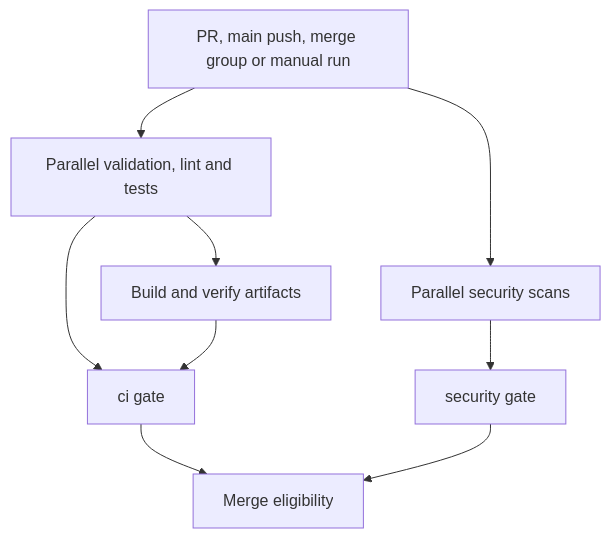
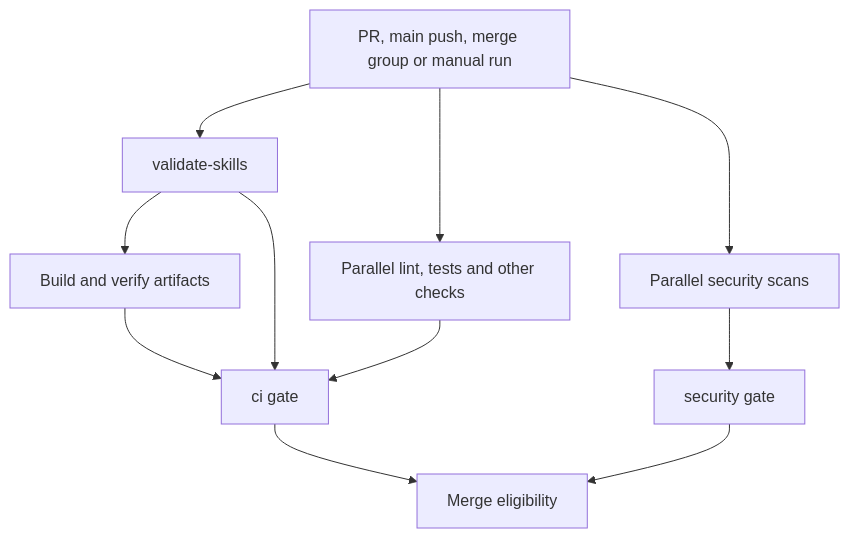
One commit to greenblacked/AI changed the diagram in docs/ci.md. Above: the diagram before and after it, drawn with Mermaid. The commit also changed other lines of this file and 4 other files, not shown here.

First line of the commit message:
Start packaging as soon as the skills validate

````diff
--- a/docs/ci.md
+++ b/docs/ci.md
@@ -18,11 +26,13 @@
 ```mermaid
 flowchart TD
-  E["PR, main push, merge group or manual run"] --> C["Parallel validation, lint and tests"]
+  E["PR, main push, merge group or manual run"] --> V["validate-skills"]
+  E --> C["Parallel lint, tests and other checks"]
   E --> S["Parallel security scans"]
-  C --> P["Build and verify artifacts"]
-  C --> G["ci gate"]
+  V --> P["Build and verify artifacts"]
+  V --> G["ci gate"]
+  C --> G
   P --> G
   S --> H["security gate"]
   G --> M["Merge eligibility"]
   H --> M
 ```
````
